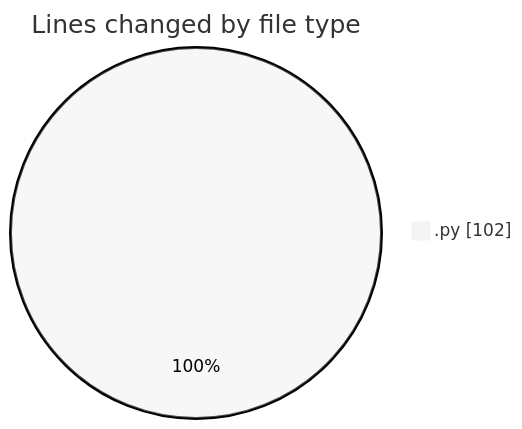
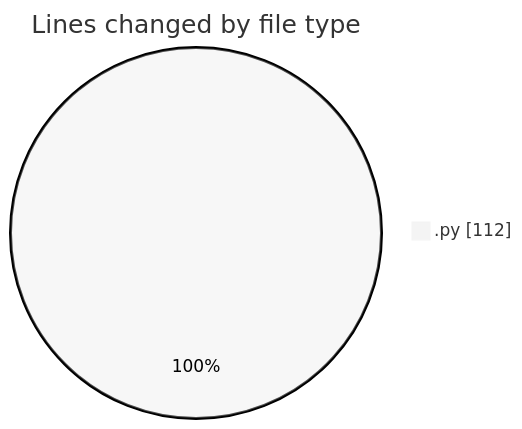
Before and after one commit to trdunsworth/code-tracking: the first of 2 diagrams in 2025-03-28/synth_911data_gen/README.md, drawn with Mermaid (neutral theme). The commit also changed other lines of this file and 1 other file, not shown here.

````diff
--- a/2025-03-28/synth_911data_gen/README.md
+++ b/2025-03-28/synth_911data_gen/README.md
@@ -20,5 +20,5 @@
 ```mermaid
 pie showData
 title Lines changed by file type
-".py" : 102
+".py" : 112
 ```
````
